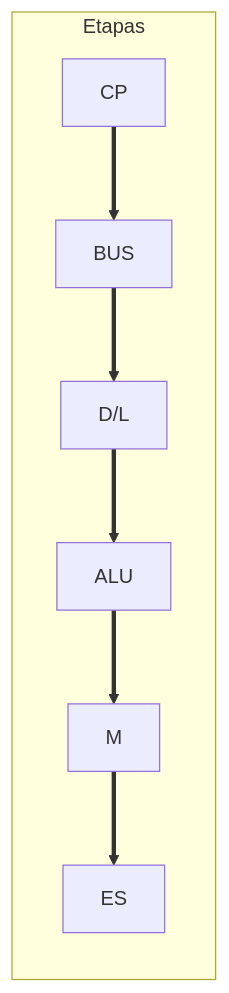
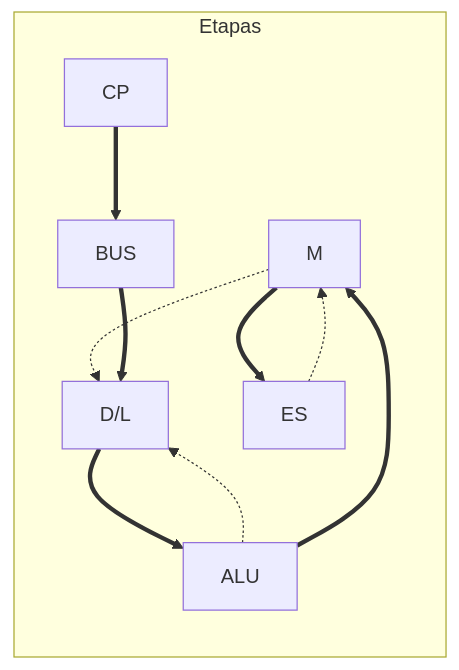
One commit to MisterBigThor/FIB_Q8 changed the second of 2 diagrams in AC2/TEO/Tema 4 AC2.md. Above: the diagram before and after it, drawn with Mermaid. The commit also changed other lines of this file and 3 other files, not shown here.

`````diff
--- a/AC2/TEO/Tema 4 AC2.md
+++ b/AC2/TEO/Tema 4 AC2.md
@@ -94,6 +94,9 @@
 ````mermaid
 graph LR;
 subgraph Etapas
+	M -.-> D/L
+	ALU -.-> D/L
+	ES -.-> M
 	CP ==> BUS ==> D/L ==> ALU ==> M ==> ES
 end
 ````
`````
